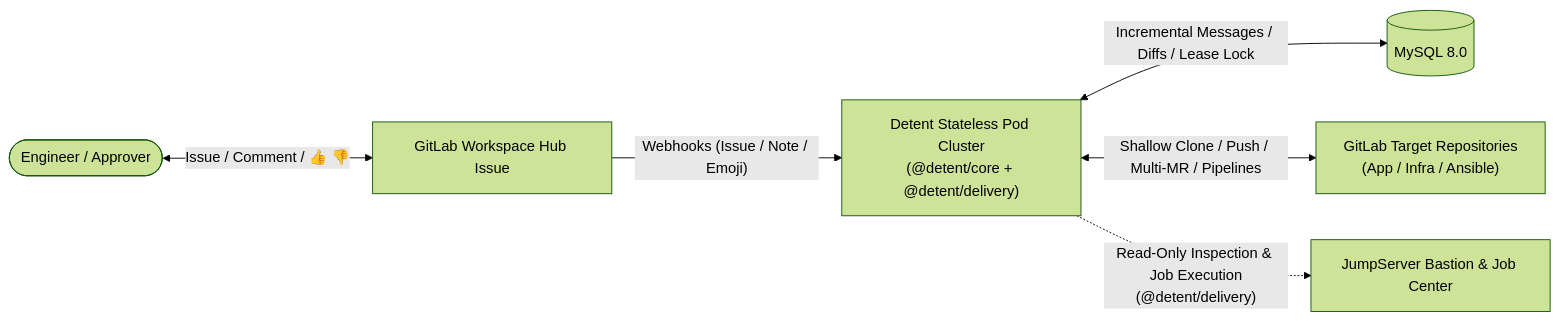
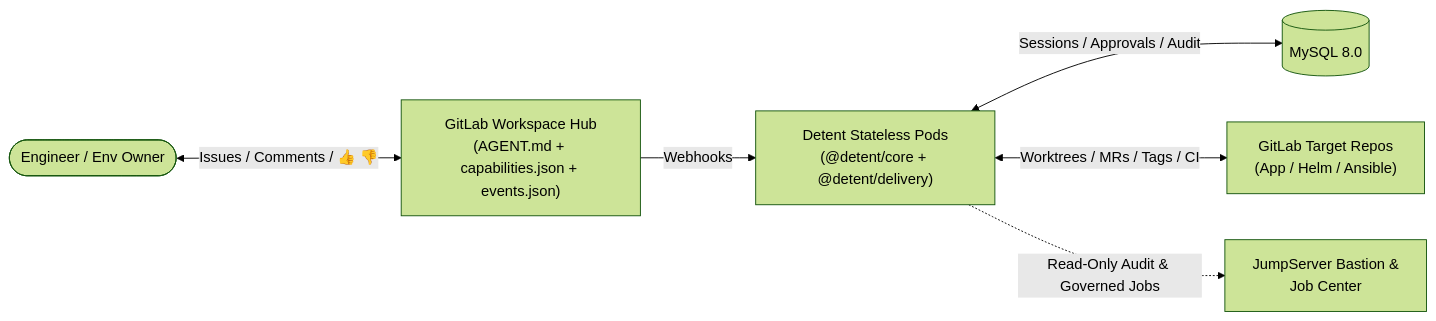
The diagram in README.md (hallucination-studio/detent), drawn with Mermaid (forest theme) before and after one commit. The commit also changed other lines of this file and 5 other files, not shown here.

Commit message:
docs: streamline README and add English SOP guides with diagrams

````diff
--- a/README.md
+++ b/README.md
@@ -68,8 +26,8 @@
 ```mermaid
 flowchart LR
-    User(["Engineer / Approver"]) <-->|"Issue / Comment / 👍 👎"| HubIssue["GitLab Workspace Hub Issue"]
-    HubIssue -->|"Webhooks (Issue / Note / Emoji)"| DetentPod["Detent Stateless Pod Cluster\n(@detent/core + @detent/delivery)"]
-    DetentPod <-->|"Incremental Messages / Diffs / Lease Lock"| MySQL[("MySQL 8.0")]
-    DetentPod <-->|"Shallow Clone / Push / Multi-MR / Pipelines"| TargetRepos["GitLab Target Repositories\n(App / Infra / Ansible)"]
-    DetentPod -.->|"Read-Only Inspection & Job Execution\n(@detent/delivery)"| JumpServer["JumpServer Bastion & Job Center"]
+    User(["Engineer / Env Owner"]) <-->|"Issues / Comments / 👍 👎"| Hub["GitLab Workspace Hub\n(AGENT.md + capabilities.json + events.json)"]
+    Hub -->|"Webhooks"| Detent["Detent Stateless Pods\n(@detent/core + @detent/delivery)"]
+    Detent <-->|"Sessions / Approvals / Audit"| MySQL[("MySQL 8.0")]
+    Detent <-->|"Worktrees / MRs / Tags / CI"| Repos["GitLab Target Repos\n(App / Helm / Ansible)"]
+    Detent -.->|"Read-Only Audit & Governed Jobs"| JMS["JumpServer Bastion &\nJob Center"]
 ```
````
